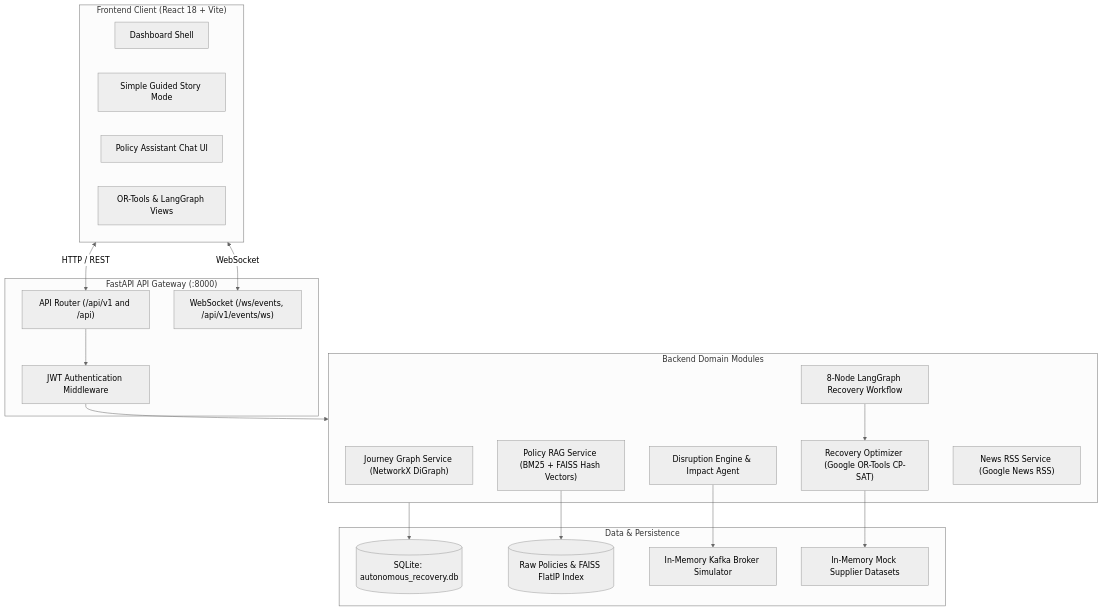
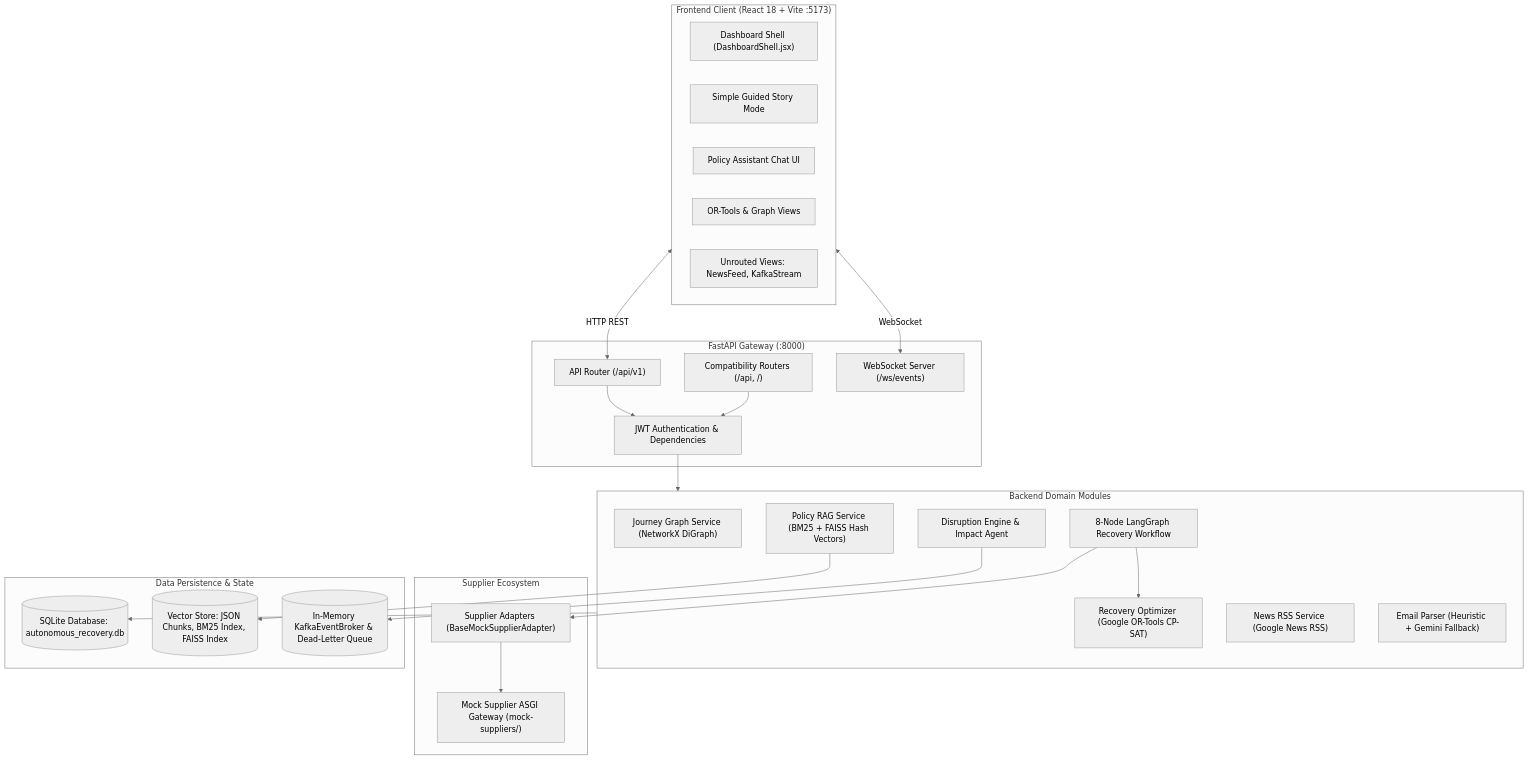
The first of 3 diagrams in docs/CURRENT_ARCHITECTURE.md (Sahil82081/AeroAI), drawn with Mermaid (neutral theme) before and after one commit. The commit also changed other lines of this file and 84 other files, not shown here.

````diff
--- a/docs/CURRENT_ARCHITECTURE.md
+++ b/docs/CURRENT_ARCHITECTURE.md
@@ -26,41 +25,50 @@
 ```mermaid
 flowchart TD
-    subgraph Client["Frontend Client (React 18 + Vite)"]
-        Dashboard["Dashboard Shell"]
+    subgraph Client["Frontend Client (React 18 + Vite :5173)"]
+        Dashboard["Dashboard Shell (DashboardShell.jsx)"]
         StoryMode["Simple Guided Story Mode"]
         RAGChat["Policy Assistant Chat UI"]
-        OptView["OR-Tools & LangGraph Views"]
+        OptView["OR-Tools & Graph Views"]
+        OrphanViews["Unrouted Views: NewsFeed, KafkaStream"]
     end
 
-    subgraph Gateway["FastAPI API Gateway (:8000)"]
-        APIRouter["API Router (/api/v1 and /api)"]
-        WS["WebSocket (/ws/events, /api/v1/events/ws)"]
-        AuthMiddleware["JWT Authentication Middleware"]
+    subgraph Gateway["FastAPI Gateway (:8000)"]
+        APIRouter["API Router (/api/v1)"]
+        CompatRouter["Compatibility Routers (/api, /)"]
+        WS["WebSocket Server (/ws/events)"]
+        AuthMiddleware["JWT Authentication & Dependencies"]
     end
 
     subgraph CoreServices["Backend Domain Modules"]
         Journeys["Journey Graph Service (NetworkX DiGraph)"]
         Disruptions["Disruption Engine & Impact Agent"]
         Optimizer["Recovery Optimizer (Google OR-Tools CP-SAT)"]
         LangGraphNodes["8-Node LangGraph Recovery Workflow"]
         PolicyRAG["Policy RAG Service (BM25 + FAISS Hash Vectors)"]
         News["News RSS Service (Google News RSS)"]
+        Ingestion["Email Parser (Heuristic + Gemini Fallback)"]
     end
 
-    subgraph DataStore["Data & Persistence"]
-        SQLiteDB[("SQLite: autonomous_recovery.db")]
-        PolicyStore[("Raw Policies & FAISS FlatIP Index")]
-        EventBus["In-Memory Kafka Broker Simulator"]
-        MockGDS["In-Memory Mock Supplier Datasets"]
+    subgraph SupplierLayer["Supplier Ecosystem"]
+        Adapters["Supplier Adapters (BaseMockSupplierAdapter)"]
+        MockGateway["Mock Supplier ASGI Gateway (mock-suppliers/)"]
     end
 
-    Client <-->|HTTP / REST| APIRouter
+    subgraph Storage["Data Persistence & State"]
+        SQLiteDB[("SQLite Database: autonomous_recovery.db")]
+        PolicyStore[("Vector Store: JSON Chunks, BM25 Index, FAISS Index")]
+        InMemKafka[("In-Memory KafkaEventBroker & Dead-Letter Queue")]
+    end
+
+    Client <-->|HTTP REST| APIRouter
     Client <-->|WebSocket| WS
     APIRouter --> AuthMiddleware
+    CompatRouter --> AuthMiddleware
     AuthMiddleware --> CoreServices
     CoreServices --> SQLiteDB
     PolicyRAG --> PolicyStore
-    Disruptions --> EventBus
-    Optimizer --> MockGDS
+    Disruptions --> InMemKafka
     LangGraphNodes --> Optimizer
+    LangGraphNodes --> Adapters
+    Adapters --> MockGateway
 ```
````
